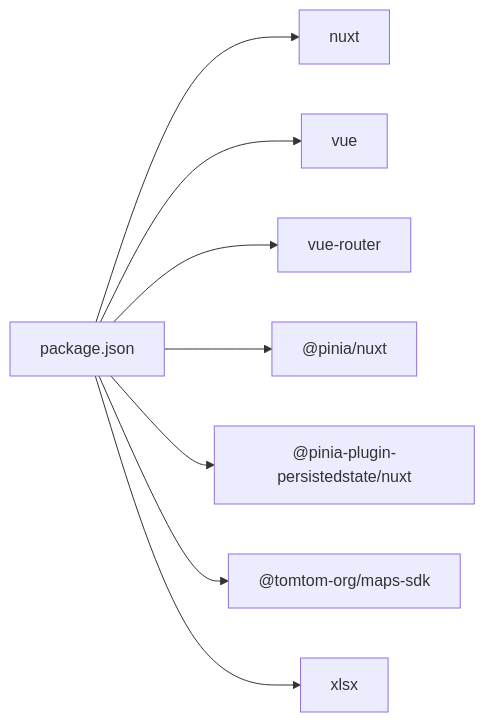
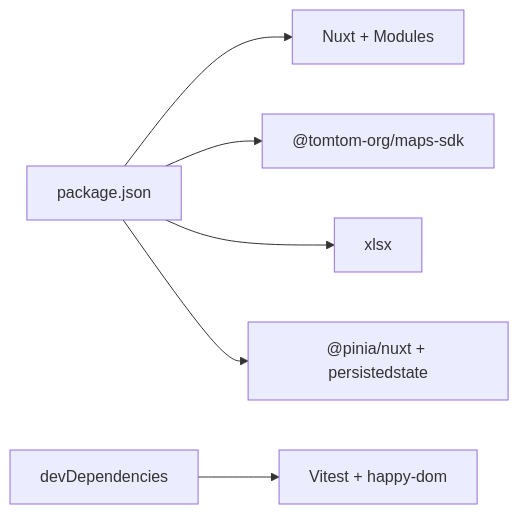
Before and after one commit to Lazynerd-Studios/lacarte-atlas-console: the third of 3 diagrams in .qoder/repowiki/en/content/Deployment & Production.md, drawn with Mermaid. The commit also changed other lines of this file and 139 other files, not shown here.

````diff
--- a/.qoder/repowiki/en/content/Deployment & Production.md
+++ b/.qoder/repowiki/en/content/Deployment & Production.md
@@ -253,10 +259,8 @@
 ```mermaid
 graph LR
-Pkg["package.json"] --> Nuxt["nuxt"]
-Pkg --> Vue["vue"]
-Pkg --> Router["vue-router"]
-Pkg --> Pinia["@pinia/nuxt"]
-Pkg --> Persist["@pinia-plugin-persistedstate/nuxt"]
+Pkg["package.json"] --> Nuxt["Nuxt + Modules"]
 Pkg --> TomTom["@tomtom-org/maps-sdk"]
 Pkg --> XLSX["xlsx"]
+Pkg --> Pinia["@pinia/nuxt + persistedstate"]
+Dev["devDependencies"] --> Vitest["Vitest + happy-dom"]
 ```
````
